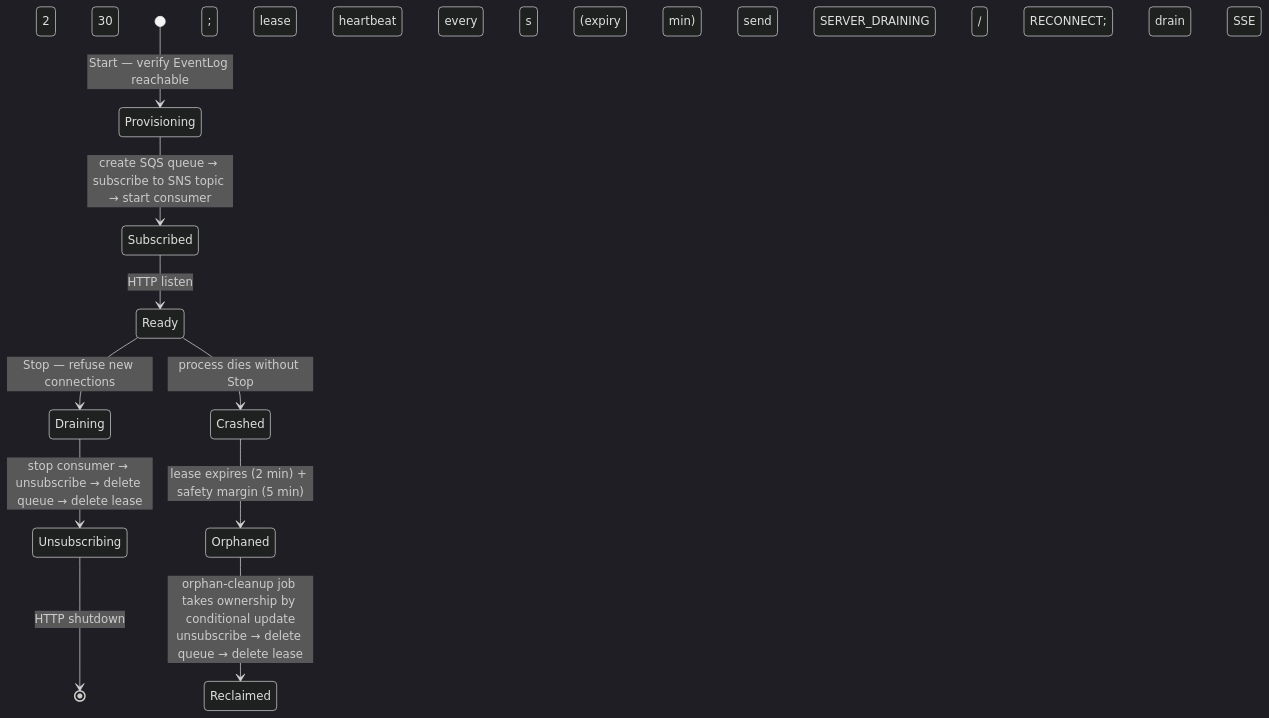
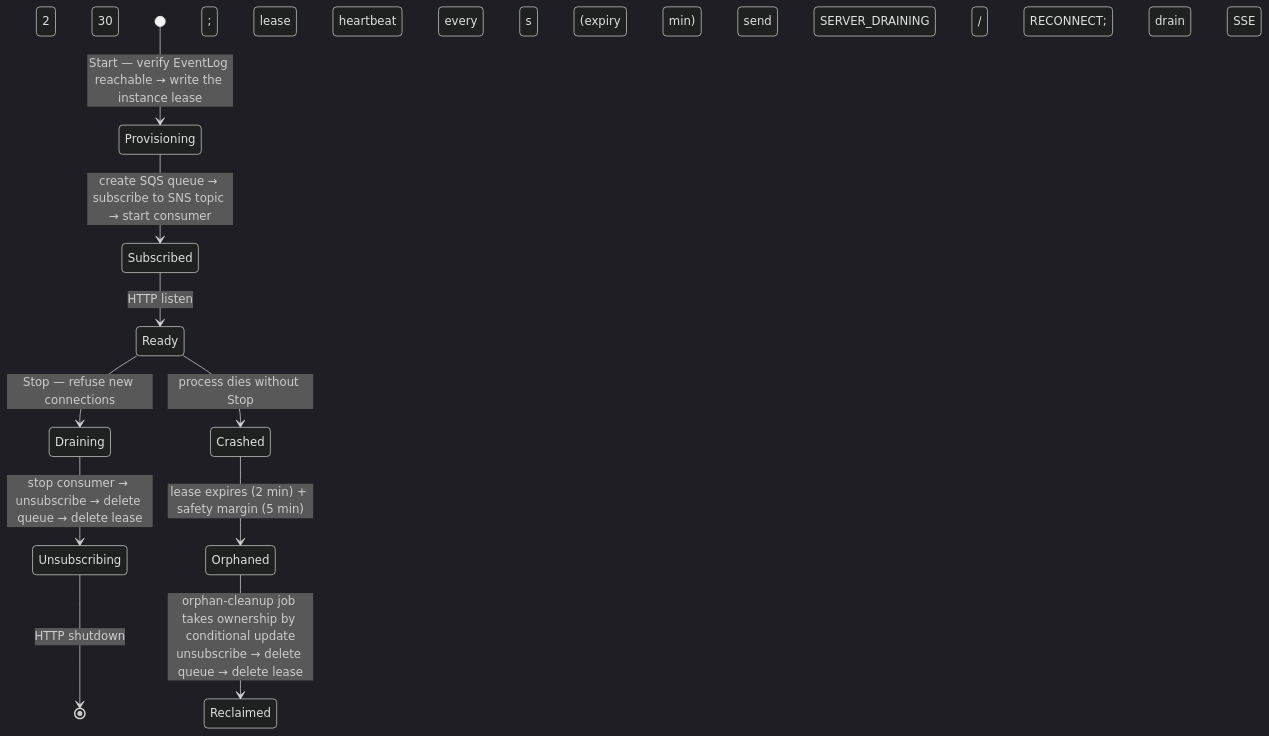
One commit to Tomy-ch/go-boilerplate changed the fifth of 7 diagrams in docs/design/realtime-delivery.md. Above: the diagram before and after it, drawn with Mermaid (dark theme). The commit also changed other lines of this file and 47 other files, not shown here.

````diff
--- a/docs/design/realtime-delivery.md
+++ b/docs/design/realtime-delivery.md
@@ -131,12 +131,12 @@
 ```mermaid
 stateDiagram-v2
-    [*] --> Provisioning: Start — verify EventLog reachable
+    [*] --> Provisioning: Start — verify EventLog reachable → write the instance lease
     Provisioning --> Subscribed: create SQS queue → subscribe to SNS topic → start consumer
     Subscribed --> Ready: HTTP listen; lease heartbeat every 30 s (expiry 2 min)
     Ready --> Draining: Stop — refuse new connections; send SERVER_DRAINING / RECONNECT; drain SSE
     Draining --> Unsubscribing: stop consumer → unsubscribe → delete queue → delete lease
     Unsubscribing --> [*]: HTTP shutdown
     Ready --> Crashed: process dies without Stop
     Crashed --> Orphaned: lease expires (2 min) + safety margin (5 min)
     Orphaned --> Reclaimed: orphan-cleanup job takes ownership by conditional update<br/>unsubscribe → delete queue → delete lease
 ```
````
